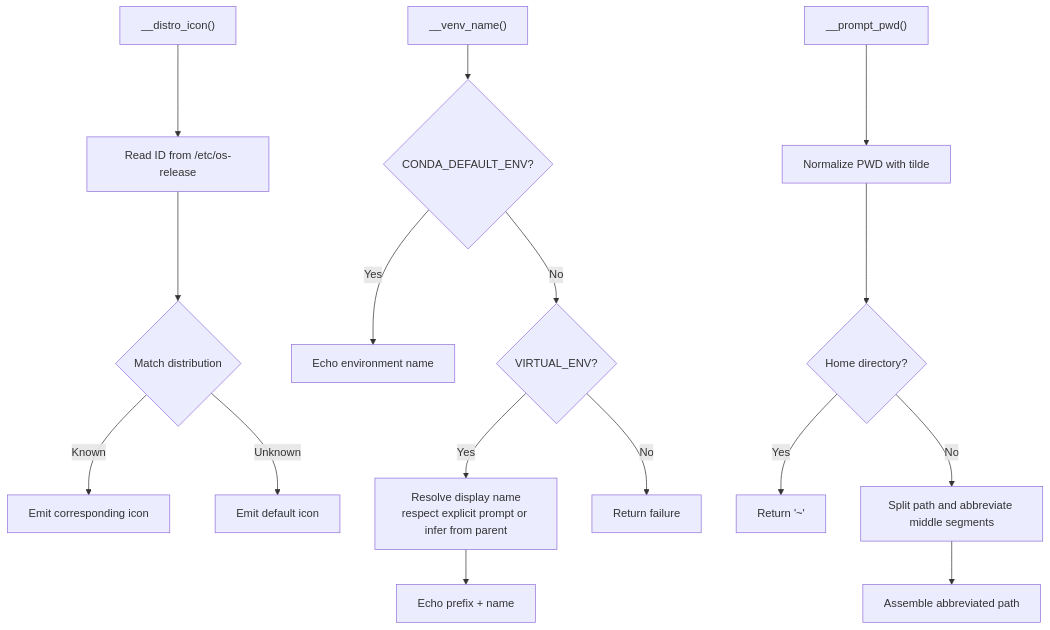
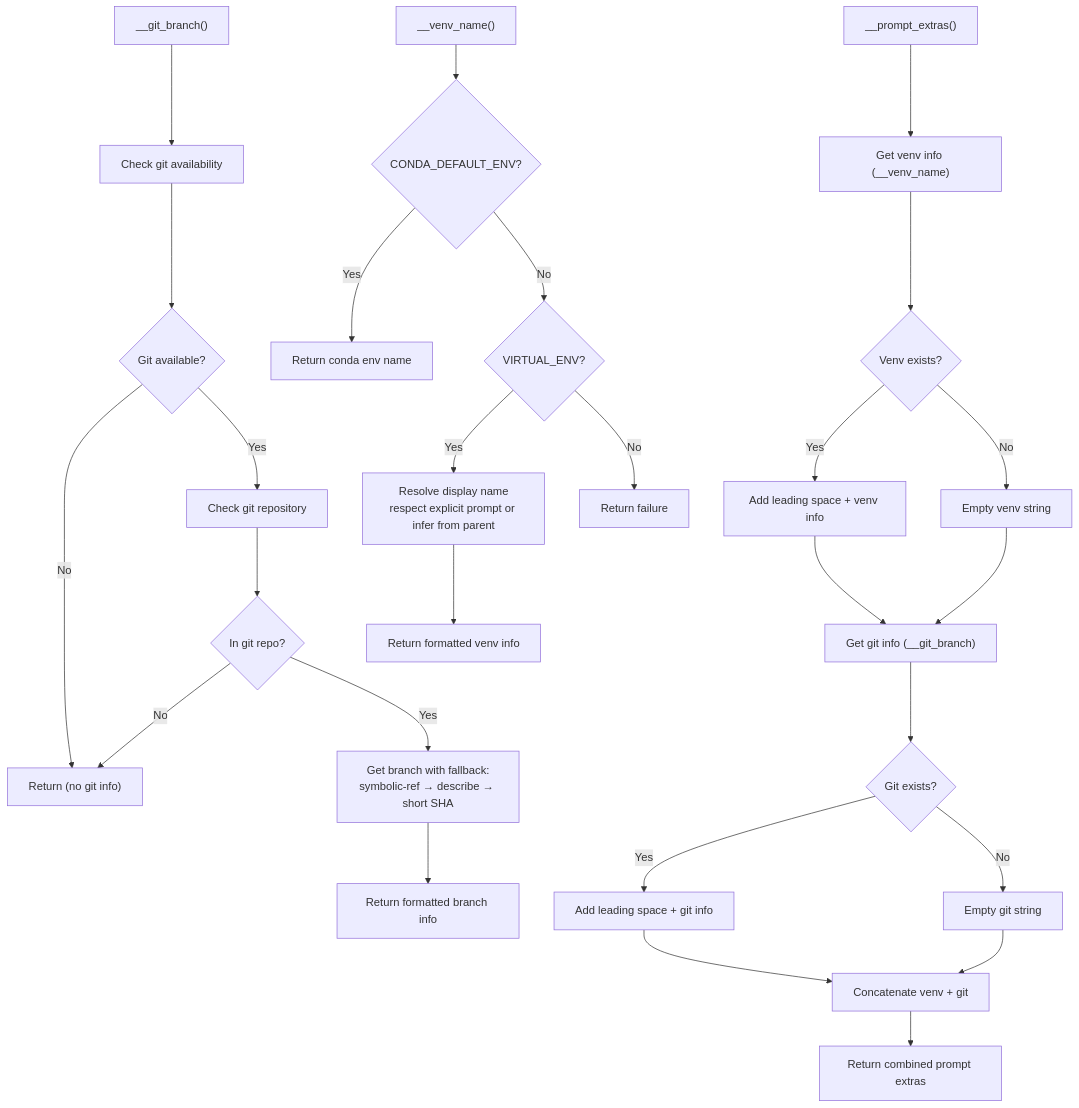
The fourth of 8 diagrams in .qoder/repowiki/en/content/Shell Configurations/Bash Configuration.md (cr8ivecodesmith/dotfiles), drawn with Mermaid before and after one commit. The commit also changed other lines of this file and 5 other files, not shown here.

````diff
--- a/.qoder/repowiki/en/content/Shell Configurations/Bash Configuration.md
+++ b/.qoder/repowiki/en/content/Shell Configurations/Bash Configuration.md
@@ -137,18 +176,29 @@
 ```mermaid
 flowchart TD
-A["__distro_icon()"] --> B["Read ID from /etc/os-release"]
-B --> C{"Match distribution"}
-C --> |Known| D["Emit corresponding icon"]
-C --> |Unknown| E["Emit default icon"]
-F["__venv_name()"] --> G{"CONDA_DEFAULT_ENV?"}
-G --> |Yes| H["Echo environment name"]
-G --> |No| I{"VIRTUAL_ENV?"}
-I --> |Yes| J["Resolve display name<br/>respect explicit prompt or infer from parent"]
-I --> |No| K["Return failure"]
-J --> L["Echo prefix + name"]
-M["__prompt_pwd()"] --> N["Normalize PWD with tilde"]
-N --> O{"Home directory?"}
-O --> |Yes| P["Return '~'"]
-O --> |No| Q["Split path and abbreviate middle segments"]
-Q --> R["Assemble abbreviated path"]
+A["__git_branch()"] --> B["Check git availability"]
+B --> C{"Git available?"}
+C --> |No| D["Return (no git info)"]
+C --> |Yes| E["Check git repository"]
+E --> F{"In git repo?"}
+F --> |No| D
+F --> |Yes| G["Get branch with fallback:<br/>symbolic-ref → describe → short SHA"]
+G --> H["Return formatted branch info"]
+I["__prompt_extras()"] --> J["Get venv info (__venv_name)"]
+J --> K{"Venv exists?"}
+K --> |Yes| L["Add leading space + venv info"]
+K --> |No| M["Empty venv string"]
+L --> N["Get git info (__git_branch)"]
+M --> N
+N --> O{"Git exists?"}
+O --> |Yes| P["Add leading space + git info"]
+O --> |No| Q["Empty git string"]
+P --> R["Concatenate venv + git"]
+Q --> R
+R --> S["Return combined prompt extras"]
+T["__venv_name()"] --> U{"CONDA_DEFAULT_ENV?"}
+U --> |Yes| V["Return conda env name"]
+U --> |No| W{"VIRTUAL_ENV?"}
+W --> |Yes| X["Resolve display name<br/>respect explicit prompt or infer from parent"]
+X --> Y["Return formatted venv info"]
+W --> |No| Z["Return failure"]
 ```
````
